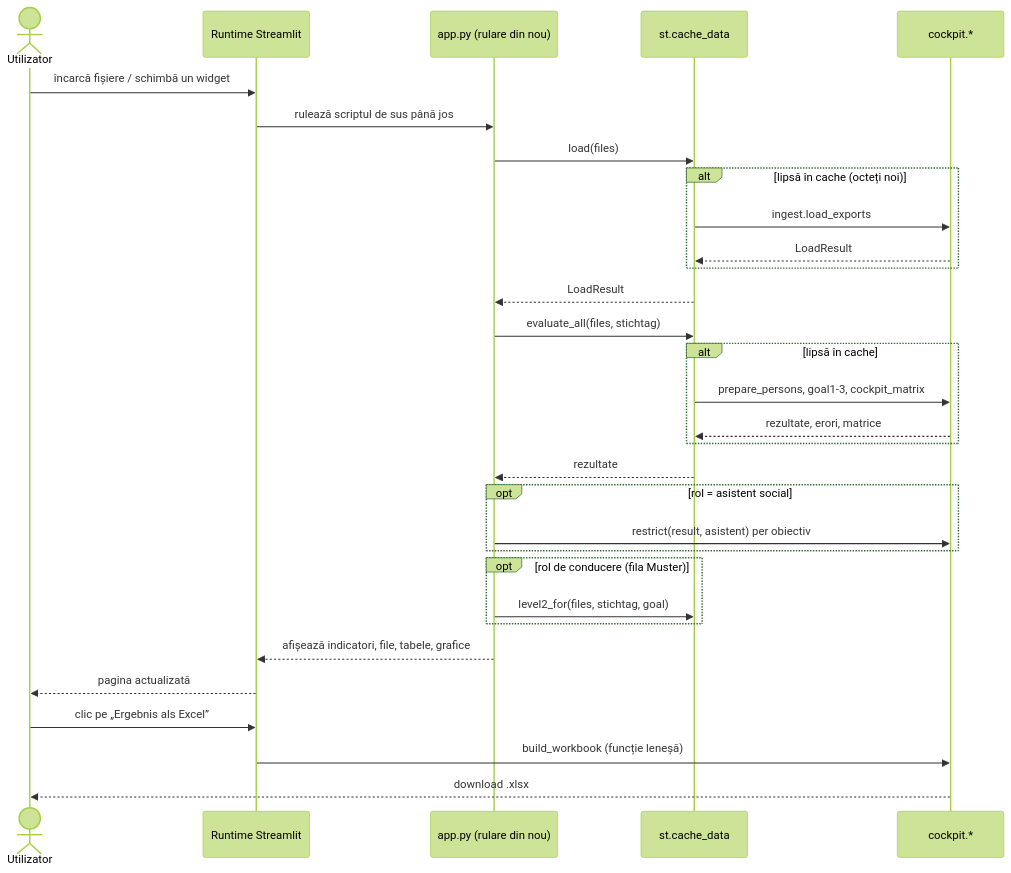
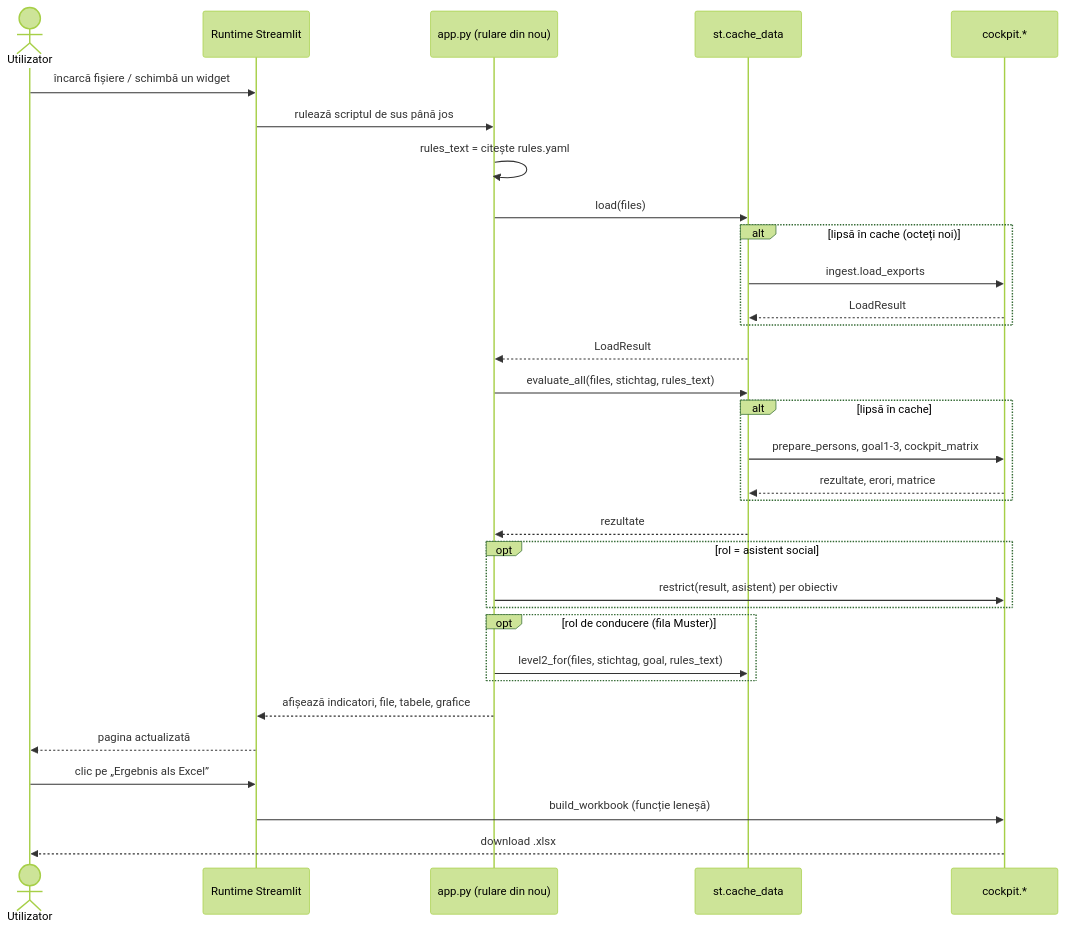
Before and after one commit to cristiv123/integrations-cockpit: diagram 11 of 12 in doc/ro/documentatie-tehnica.md, drawn with Mermaid (forest theme). The commit also changed other lines of this file and 13 other files, not shown here.

````diff
--- a/doc/ro/documentatie-tehnica.md
+++ b/doc/ro/documentatie-tehnica.md
@@ -666,34 +633,35 @@
 ```mermaid
 sequenceDiagram
     actor U as Utilizator
     participant ST as Runtime Streamlit
     participant APP as app.py (rulare din nou)
     participant C as st.cache_data
     participant CK as cockpit.*
 
     U->>ST: încarcă fișiere / schimbă un widget
     ST->>APP: rulează scriptul de sus până jos
+    APP->>APP: rules_text = citește rules.yaml
     APP->>C: load(files)
     alt lipsă în cache (octeți noi)
         C->>CK: ingest.load_exports
         CK-->>C: LoadResult
     end
     C-->>APP: LoadResult
-    APP->>C: evaluate_all(files, stichtag)
+    APP->>C: evaluate_all(files, stichtag, rules_text)
     alt lipsă în cache
         C->>CK: prepare_persons, goal1-3, cockpit_matrix
         CK-->>C: rezultate, erori, matrice
     end
     C-->>APP: rezultate
     opt rol = asistent social
         APP->>CK: restrict(result, asistent) per obiectiv
     end
     opt rol de conducere (fila Muster)
-        APP->>C: level2_for(files, stichtag, goal)
+        APP->>C: level2_for(files, stichtag, goal, rules_text)
     end
     APP-->>ST: afișează indicatori, file, tabele, grafice
     ST-->>U: pagina actualizată
     U->>ST: clic pe „Ergebnis als Excel”
     ST->>CK: build_workbook (funcție leneșă)
     CK-->>U: download .xlsx
 ```
````
